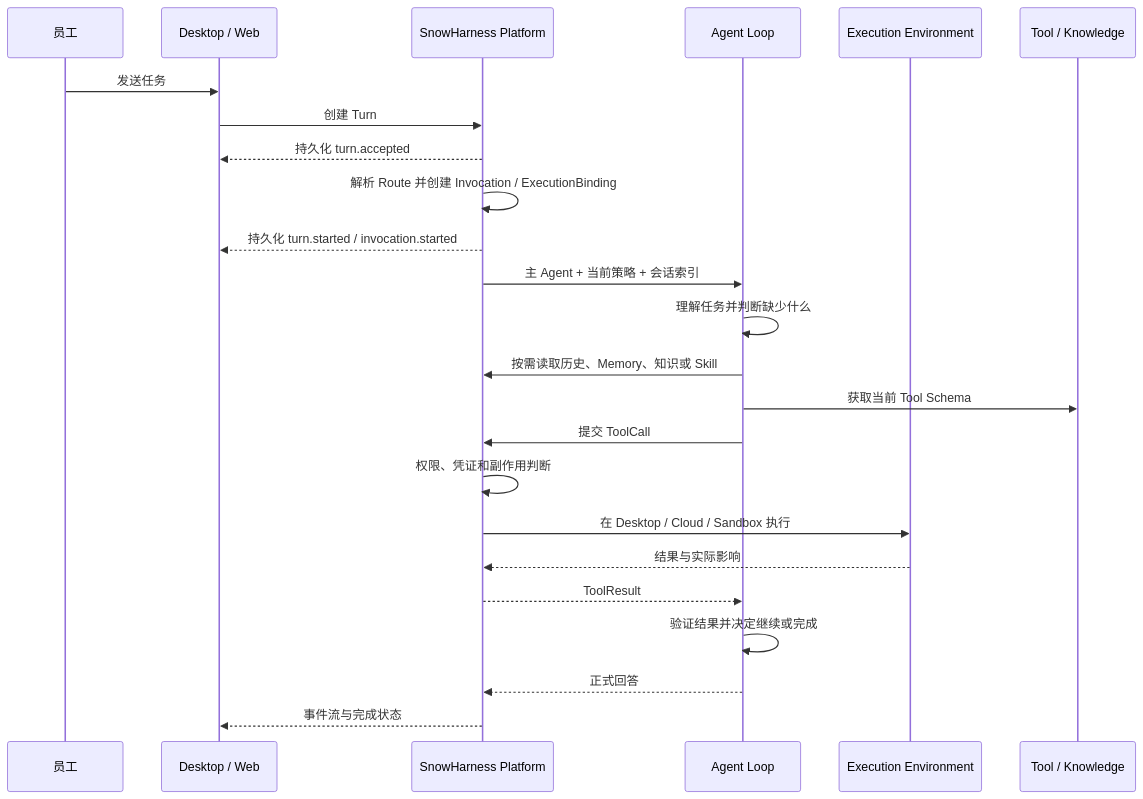
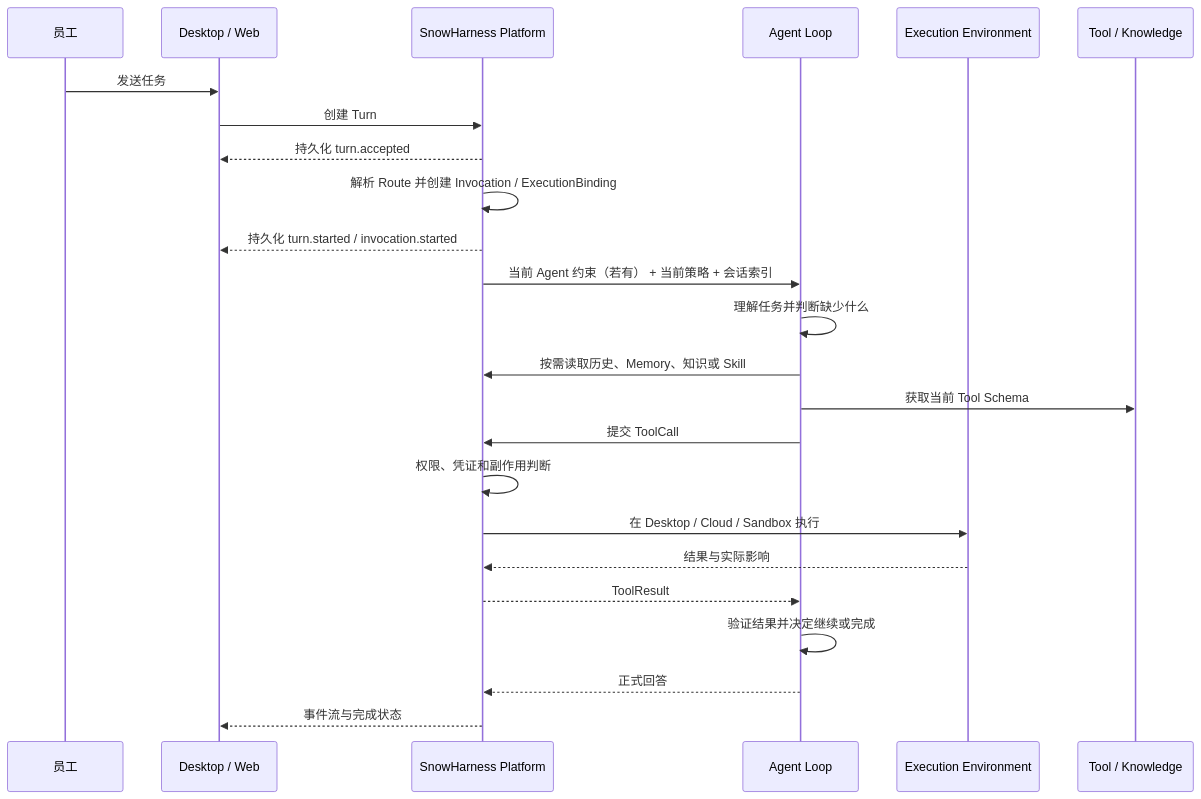
Before and after one commit to XZY-Free/harness: the second of 2 diagrams in docs/architecture/README.md, drawn with Mermaid. The commit also changed other lines of this file and 11 other files, not shown here.

```diff
--- a/docs/architecture/README.md
+++ b/docs/architecture/README.md
@@ -170,27 +170,27 @@
 ~~~mermaid
 sequenceDiagram
   participant U as 员工
   participant C as Desktop / Web
   participant P as SnowHarness Platform
   participant L as Agent Loop
   participant E as Execution Environment
   participant T as Tool / Knowledge
 
   U->>C: 发送任务
   C->>P: 创建 Turn
   P-->>C: 持久化 turn.accepted
   P->>P: 解析 Route 并创建 Invocation / ExecutionBinding
   P-->>C: 持久化 turn.started / invocation.started
-  P->>L: 主 Agent + 当前策略 + 会话索引
+  P->>L: 当前 Agent 约束（若有） + 当前策略 + 会话索引
   L->>L: 理解任务并判断缺少什么
   L->>P: 按需读取历史、Memory、知识或 Skill
   L->>T: 获取当前 Tool Schema
   L->>P: 提交 ToolCall
   P->>P: 权限、凭证和副作用判断
   P->>E: 在 Desktop / Cloud / Sandbox 执行
   E-->>P: 结果与实际影响
   P-->>L: ToolResult
   L->>L: 验证结果并决定继续或完成
   L-->>P: 正式回答
   P-->>C: 事件流与完成状态
 ~~~
```
